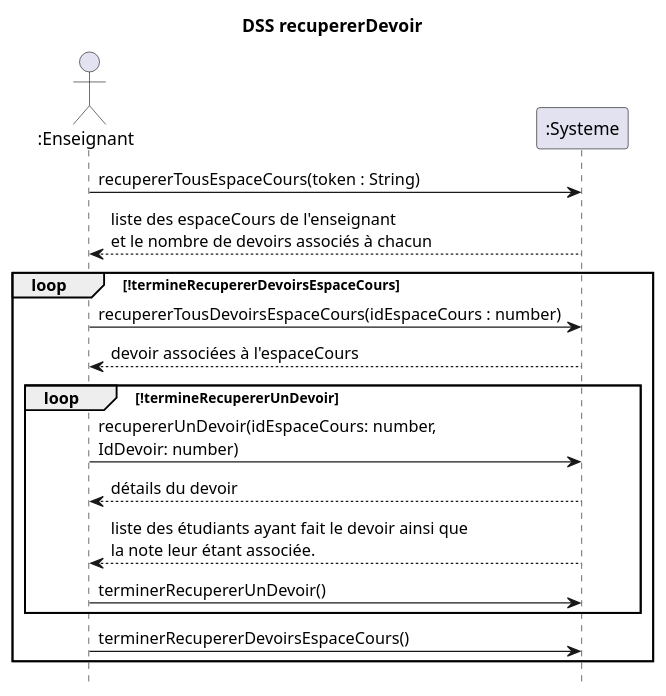
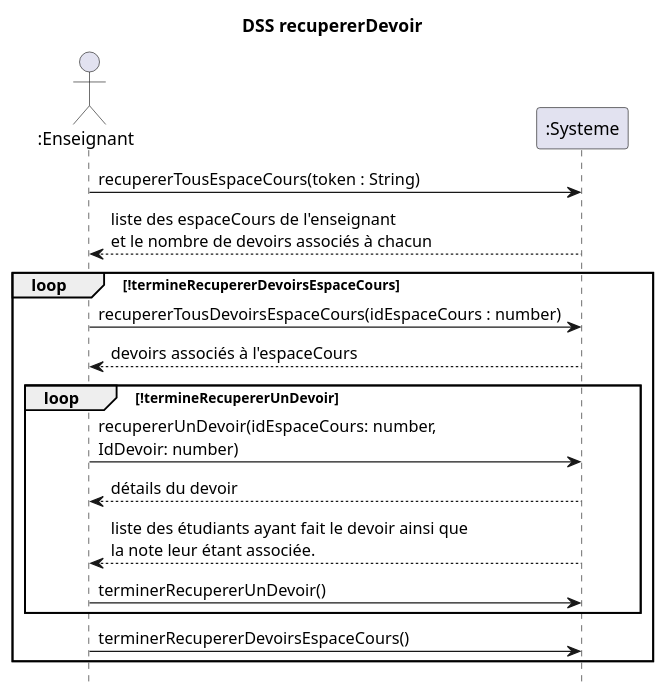
Before and after one commit to nerdz88/SGA-TS: the diagram in docs/Récupérer devoir/DSS_RecupererDevoir.puml, drawn with PlantUML. The commit also changed 49 other files, not shown here.

```diff
--- a/docs/Récupérer devoir/DSS_RecupererDevoir.puml
+++ b/docs/Récupérer devoir/DSS_RecupererDevoir.puml
@@ -1,20 +1,20 @@
 @startuml DSS_RecupererDevoir
 title DSS recupererDevoir
 hide footbox
 actor ":Enseignant" as professeur
 participant ":Systeme" as systeme
 
 professeur ->  systeme : recupererTousEspaceCours(token : String)
 professeur <-- systeme : liste des espaceCours de l'enseignant\net le nombre de devoirs associés à chacun
 loop !termineRecupererDevoirsEspaceCours
 professeur -> systeme : recupererTousDevoirsEspaceCours(idEspaceCours : number)
-professeur <-- systeme : devoir associées à l'espaceCours
+professeur <-- systeme : devoirs associés à l'espaceCours
 loop !termineRecupererUnDevoir
 professeur -> systeme : recupererUnDevoir(idEspaceCours: number,\nIdDevoir: number)
 professeur <-- systeme : détails du devoir
 professeur <-- systeme : liste des étudiants ayant fait le devoir ainsi que\nla note leur étant associée.
 professeur -> systeme : terminerRecupererUnDevoir()
 end
 professeur -> systeme : terminerRecupererDevoirsEspaceCours()
 end
 @enduml
```
